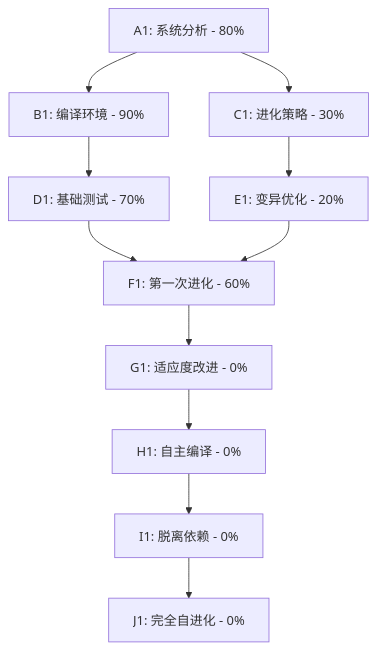
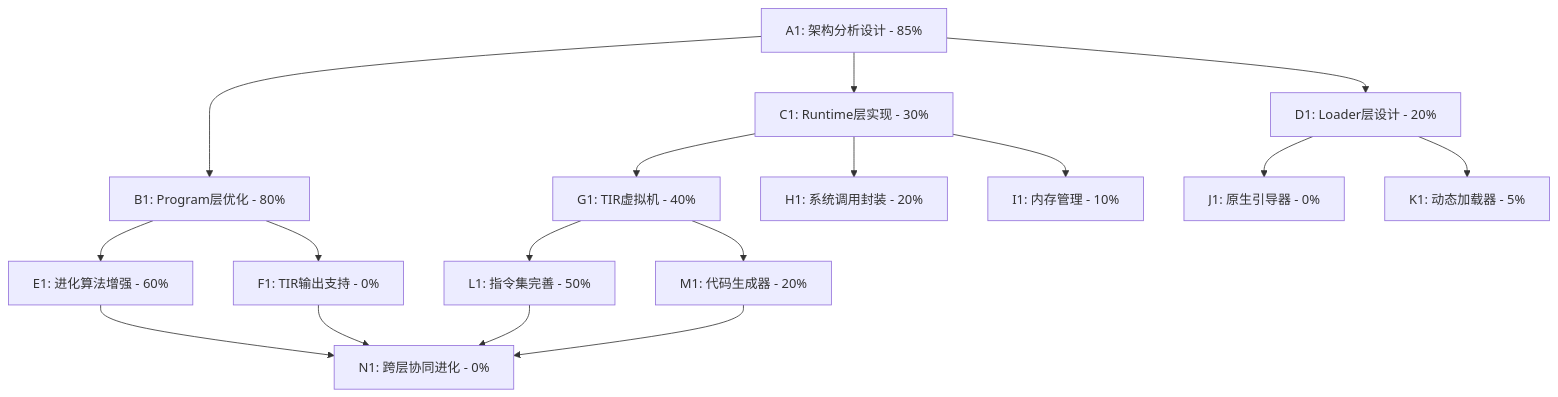
The diagram in aitasker.md (wanjochan/self-evolve-ai), drawn with Mermaid before and after one commit. The commit also changed other lines of this file and 16 other files, not shown here.

````diff
--- a/aitasker.md
+++ b/aitasker.md
@@ -9,13 +9,24 @@
 ```mermaid
 graph TD
-    A[A1: 系统分析 - 80%] --> B[B1: 编译环境 - 90%]
-    A --> C[C1: 进化策略 - 30%]
-    B --> D[D1: 基础测试 - 70%]
-    C --> E[E1: 变异优化 - 20%]
-    D --> F[F1: 第一次进化 - 60%]
-    E --> F
-    F --> G[G1: 适应度改进 - 0%]
-    G --> H[H1: 自主编译 - 0%]
-    H --> I[I1: 脱离依赖 - 0%]
-    I --> J[J1: 完全自进化 - 0%]
+    A[A1: 架构分析设计 - 85%] --> B[B1: Program层优化 - 80%]
+    A --> C[C1: Runtime层实现 - 30%]
+    A --> D[D1: Loader层设计 - 20%]
+    
+    B --> E[E1: 进化算法增强 - 60%]
+    B --> F[F1: TIR输出支持 - 0%]
+    
+    C --> G[G1: TIR虚拟机 - 40%]
+    C --> H[H1: 系统调用封装 - 20%]
+    C --> I[I1: 内存管理 - 10%]
+    
+    D --> J[J1: 原生引导器 - 0%]
+    D --> K[K1: 动态加载器 - 5%]
+    
+    G --> L[L1: 指令集完善 - 50%]
+    G --> M[M1: 代码生成器 - 20%]
+    
+    E --> N[N1: 跨层协同进化 - 0%]
+    F --> N
+    L --> N
+    M --> N
 ```
````
